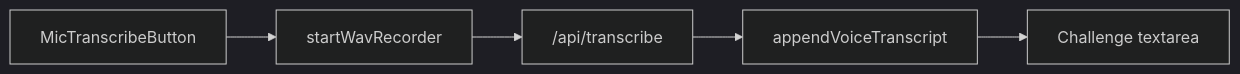
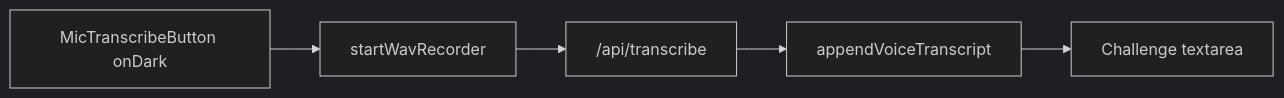
Before and after one commit to zilinli/ryan_learning: the diagram in docs/subsystems/ted-challenge-voice-input.md, drawn with Mermaid (dark theme). The commit also changed other lines of this file and 3 other files, not shown here.

First line of the commit message:
fix(studio): make TED Challenge mic visible on dark canvas

````diff
--- a/docs/subsystems/ted-challenge-voice-input.md
+++ b/docs/subsystems/ted-challenge-voice-input.md
@@ -25,7 +27,7 @@
 ```mermaid
 flowchart LR
-  Mic[MicTranscribeButton] --> WAV[startWavRecorder]
+  Mic[MicTranscribeButton onDark] --> WAV[startWavRecorder]
   WAV --> API["/api/transcribe"]
   API --> Append[appendVoiceTranscript]
   Append --> TA[Challenge textarea]
 ```
````
